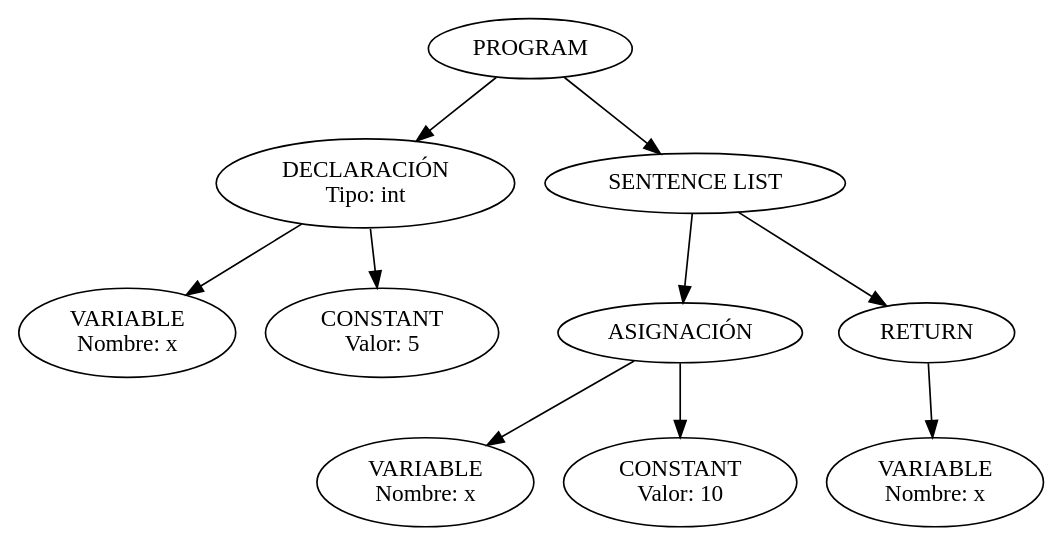
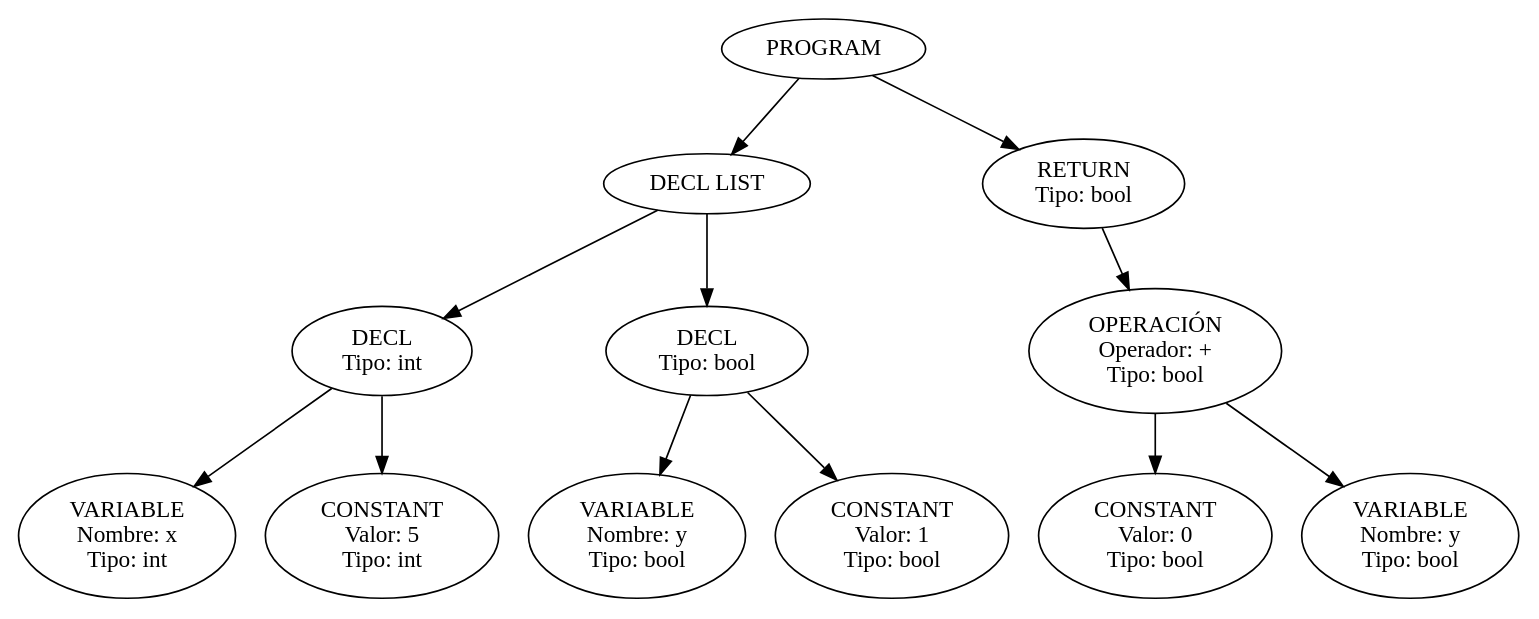
One commit to LucioMansilla/loopi_compiler changed the diagram in ast.dot. Above: the diagram before and after it, drawn with Graphviz. The commit also changed 20 other files, not shown here.

```diff
--- a/ast.dot
+++ b/ast.dot
@@ -1,21 +1,25 @@
 digraph AST {
   0 [label="PROGRAM"];
-  1 [label="DECLARACIÓN\nTipo: int"];
-  2 [label="VARIABLE\nNombre: x"];
+  1 [label="DECL LIST"];
+  2 [label="DECL\nTipo: int"];
+  3 [label="VARIABLE\nNombre: x\nTipo: int"];
+  2 -> 3;
+  4 [label="CONSTANT\nValor: 5\nTipo: int"];
+  2 -> 4;
   1 -> 2;
-  3 [label="CONSTANT\nValor: 5"];
-  1 -> 3;
+  5 [label="DECL\nTipo: bool"];
+  6 [label="VARIABLE\nNombre: y\nTipo: bool"];
+  5 -> 6;
+  7 [label="CONSTANT\nValor: 1\nTipo: bool"];
+  5 -> 7;
+  1 -> 5;
   0 -> 1;
-  4 [label="SENTENCE LIST"];
-  5 [label="ASIGNACIÓN"];
-  6 [label="VARIABLE\nNombre: x"];
-  5 -> 6;
-  7 [label="CONSTANT\nValor: 10"];
-  5 -> 7;
-  4 -> 5;
-  8 [label="RETURN"];
-  9 [label="VARIABLE\nNombre: x"];
+  8 [label="RETURN\nTipo: bool"];
+  9 [label="OPERACIÓN\nOperador: +\nTipo: bool"];
+  10 [label="CONSTANT\nValor: 0\nTipo: bool"];
+  9 -> 10;
+  11 [label="VARIABLE\nNombre: y\nTipo: bool"];
+  9 -> 11;
   8 -> 9;
-  4 -> 8;
-  0 -> 4;
+  0 -> 8;
 }
```
